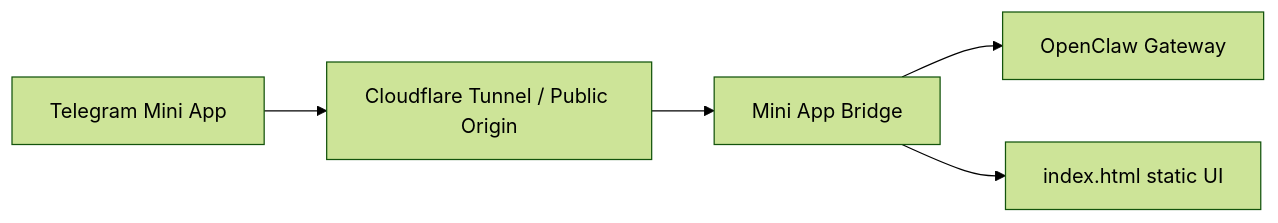
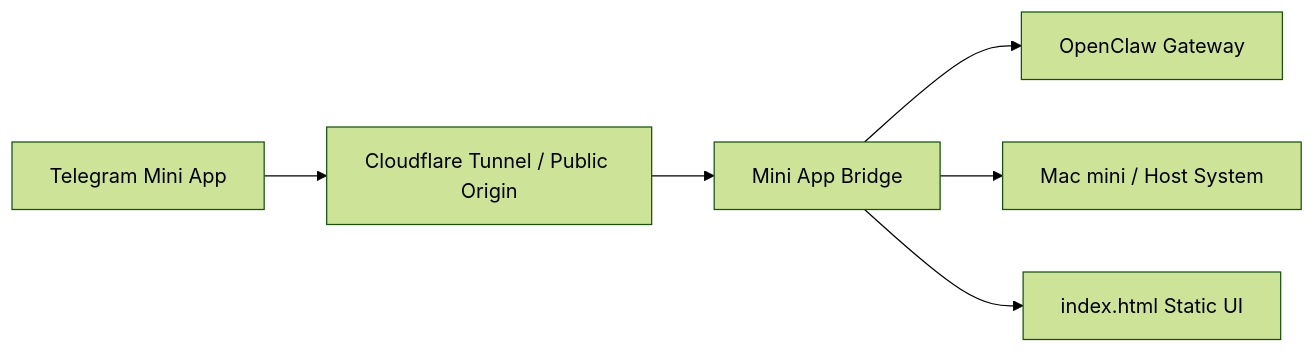
One commit to techkwon/openclaw-telegram-miniapp changed the diagram in README.md. Above: the diagram before and after it, drawn with Mermaid (forest theme). The commit also changed other lines of this file, not shown here.

````diff
--- a/README.md
+++ b/README.md
@@ -294,7 +89,8 @@
 ```mermaid
 flowchart LR
   TG[Telegram Mini App] --> CF[Cloudflare Tunnel / Public Origin]
   CF --> BR[Mini App Bridge]
   BR --> GW[OpenClaw Gateway]
-  BR --> UI[index.html static UI]
+  BR --> HOST[Mac mini / Host System]
+  BR --> UI[index.html Static UI]
 ```
````
